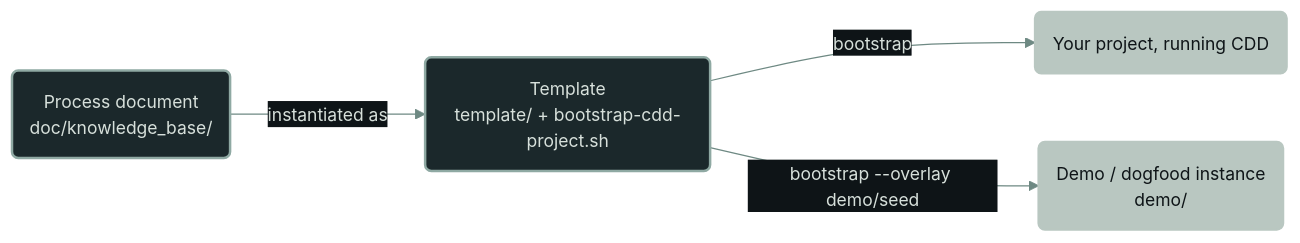
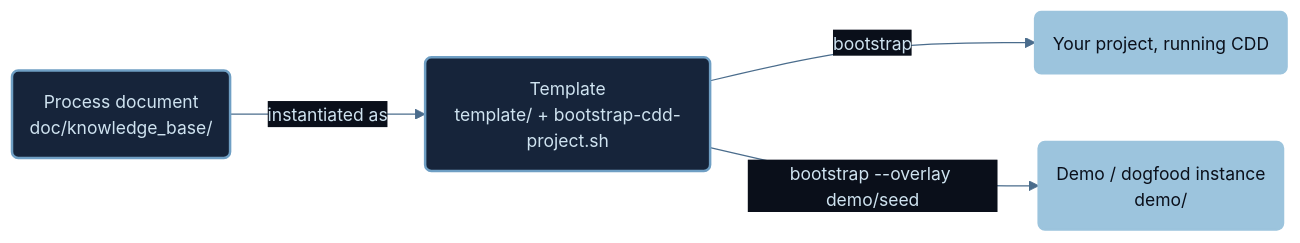
The second of 2 diagrams in README.md (drabaioli/cdd), drawn with Mermaid before and after one commit. The commit also changed other lines of this file, not shown here.

First line of the commit message:
README: shift Mermaid palette to deep-sea blue

````diff
--- a/README.md
+++ b/README.md
@@ -57,15 +57,15 @@
 ```mermaid
-%%{init: {'theme':'base', 'themeVariables': {'background':'#0e1417', 'primaryColor':'#1b282b', 'primaryTextColor':'#d7e0db', 'primaryBorderColor':'#8fa9a3', 'lineColor':'#6e8983', 'textColor':'#c4d2cd', 'edgeLabelBackground':'#0e1417', 'fontFamily':'Poppins, Verdana, Helvetica, Arial, sans-serif', 'fontSize':'14px'}, 'flowchart': {'curve':'basis', 'padding':14, 'nodeSpacing':55, 'rankSpacing':60}}}%%
+%%{init: {'theme':'base', 'themeVariables': {'background':'#0a0f1a', 'primaryColor':'#16243a', 'primaryTextColor':'#cfe3f0', 'primaryBorderColor':'#6f9fc4', 'lineColor':'#4a6c8c', 'textColor':'#b9d2e6', 'edgeLabelBackground':'#0a0f1a', 'fontFamily':'Poppins, Verdana, Helvetica, Arial, sans-serif', 'fontSize':'14px'}, 'flowchart': {'curve':'basis', 'padding':14, 'nodeSpacing':55, 'rankSpacing':60}}}%%
 flowchart LR
     PD("Process document<br>doc/knowledge_base/"):::layer
     T("Template<br>template/ + bootstrap-cdd-project.sh"):::layer
     NEW("Your project, running CDD"):::out
     DEMO("Demo / dogfood instance<br>demo/"):::out
 
     PD -->|"  instantiated as  "| T
     T -->|"  bootstrap  "| NEW
     T -->|"  bootstrap --overlay demo/seed  "| DEMO
 
-    classDef layer fill:#1b282b,stroke:#8fa9a3,color:#d7e0db,stroke-width:2px
-    classDef out fill:#b9c7c1,stroke:#b9c7c1,color:#0e1417,stroke-width:2px
+    classDef layer fill:#16243a,stroke:#6f9fc4,color:#cfe3f0,stroke-width:2px
+    classDef out fill:#9cc4dd,stroke:#9cc4dd,color:#0a0f1a,stroke-width:2px
 ```
````
